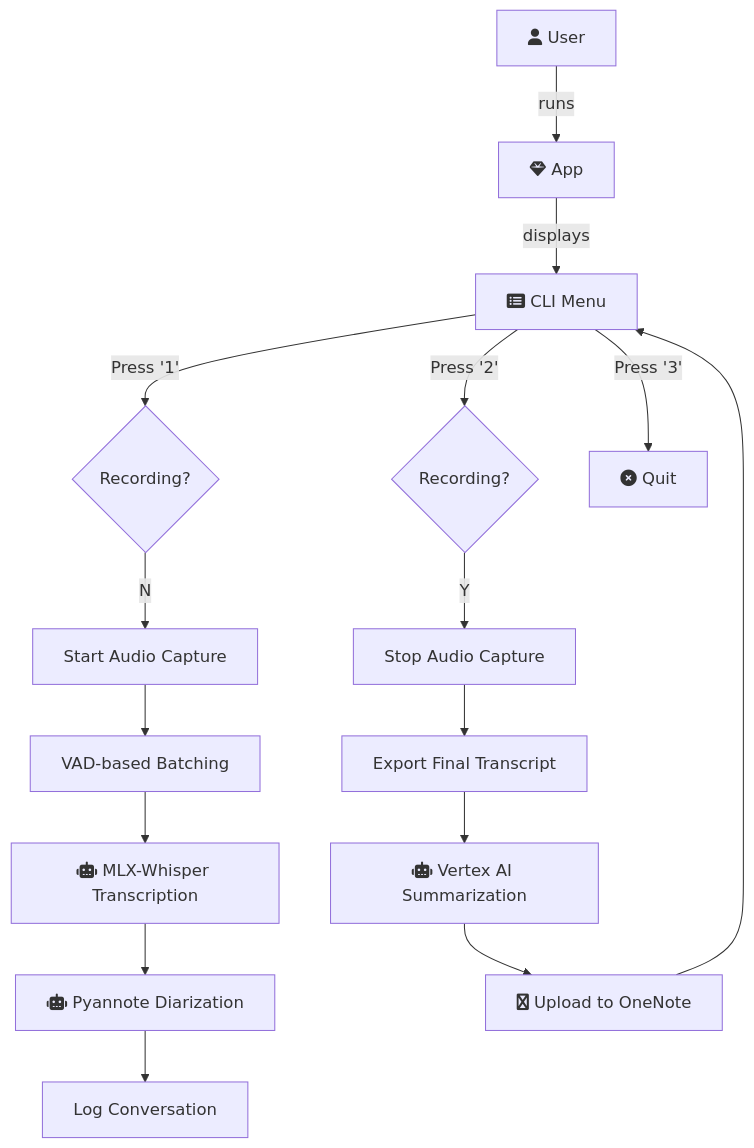
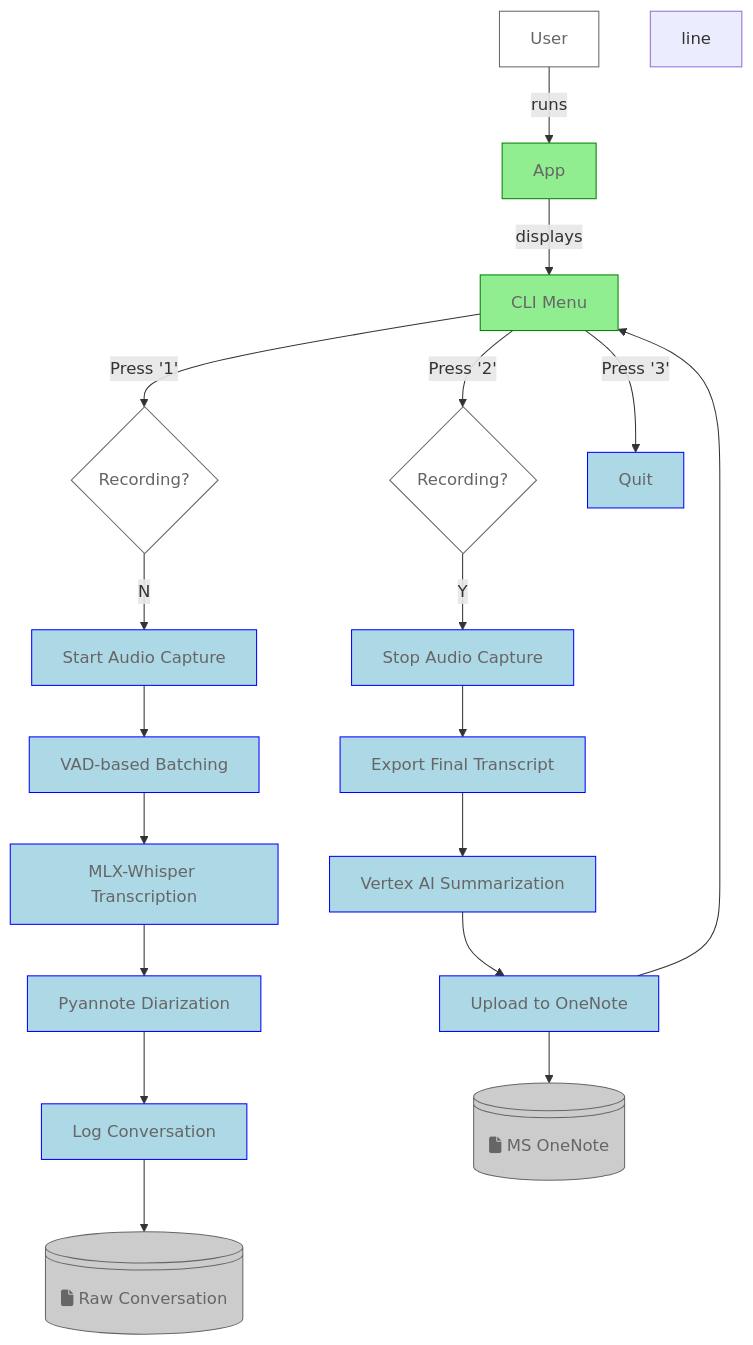
The first of 2 diagrams in README.md (choonchernlim/you-talk-too-much-app), drawn with Mermaid before and after one commit.

Commit message:
feat: enhance flowchart in README with improved class definitions and styling

````diff
--- a/README.md
+++ b/README.md
@@ -26,36 +26,48 @@
 ```mermaid
 flowchart TD
-   A[fa:fa-user User]
-   APP[fa:fa-gem App]
-   MENU[fa:fa-rectangle-list CLI Menu]
+   A[User]:::defClass
+   APP[App]:::appClass
+   MENU[CLI Menu]:::appClass
 
-   STEP1A[Start Audio Capture]
-   STEP1B[VAD-based Batching]
-   STEP1C[fa:fa-robot MLX-Whisper Transcription]
-   STEP1D[fa:fa-robot Pyannote Diarization]
-   STEP1E[Log Conversation]
+   STEP1A[Start Audio Capture]:::toolClass
+   STEP1B[VAD-based Batching]:::toolClass
+   STEP1C[MLX-Whisper Transcription]:::toolClass
+   STEP1D[Pyannote Diarization]:::toolClass
+   STEP1E[Log Conversation]:::toolClass
 
-   STEP2A[Stop Audio Capture]
-   STEP2B[Export Final Transcript]
-   STEP2C[fa:fa-robot Vertex AI Summarization]
-   STEP2D[fa:fa-microsoft Upload to OneNote]
+   STEP2A[Stop Audio Capture]:::toolClass
+   STEP2B[Export Final Transcript]:::toolClass
+   STEP2C[Vertex AI Summarization]:::toolClass
+   STEP2D[Upload to OneNote]:::toolClass
+
+   FILESYSTEM:::artifactClass@{ shape: lin-cyl, label: "fa:fa-file Raw Conversation" }
+   ONENOTE:::artifactClass@{ shape: lin-cyl, label: "fa:fa-file MS OneNote" }
 
    A -- runs --> APP
    APP -- displays --> MENU
 
-   MENU -- Press '1' --> DEC1{Recording?}
+   MENU -- Press '1' --> DEC1{Recording?}:::defClass
    DEC1 -- N --> STEP1A
    STEP1A --> STEP1B
    STEP1B --> STEP1C
    STEP1C --> STEP1D
    STEP1D --> STEP1E
+   STEP1E --> FILESYSTEM
 
-   MENU -- Press '2' --> DEC2{Recording?}
+   MENU -- Press '2' --> DEC2{Recording?}:::defClass
    DEC2 -- Y --> STEP2A
    STEP2A --> STEP2B
    STEP2B --> STEP2C
    STEP2C --> STEP2D
+   STEP2D --> ONENOTE
    STEP2D --> MENU
 
-   MENU -- Press '3' --> STEP3A[fa:fa-circle-xmark Quit]
+   MENU -- Press '3' --> STEP3A[Quit]:::toolClass
+
+   line@{ animate: true }
+
+   classDef defClass fill:#FFFFFF,stroke:#666666,color:#666666
+   classDef appClass fill:lightgreen,stroke:green,color:#666666
+   classDef toolClass fill:lightblue,stroke:blue,color:#666666
+   classDef artifactClass fill:#CCCCCC,stroke:#666666,color:#666666
 ```
````
